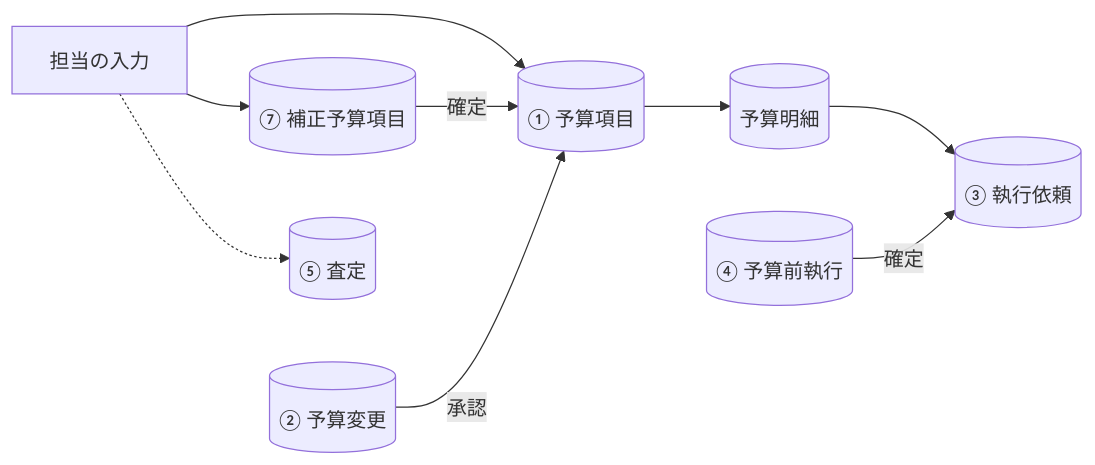
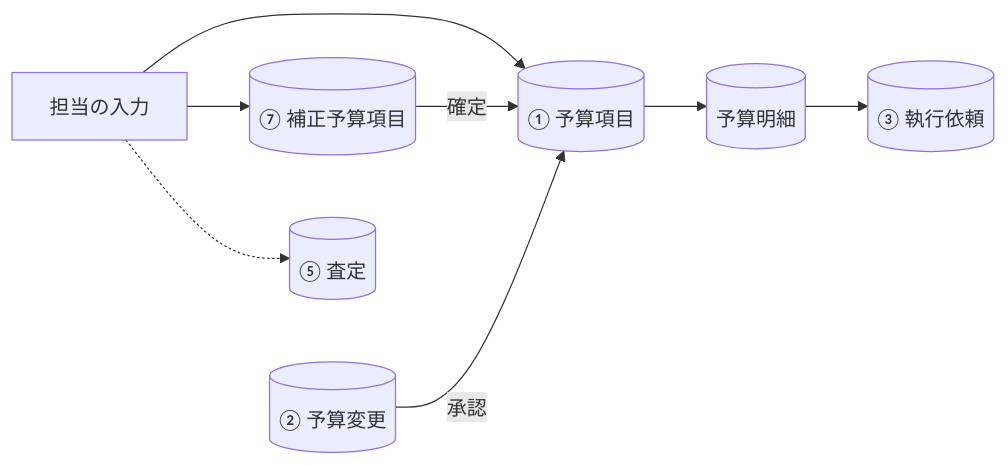
One commit to Kota-Ohira17/expenditure changed diagram 13 of 18 in docs/仕様書.md. Above: the diagram before and after it, drawn with Mermaid. The commit also changed other lines of this file and 10 other files, not shown here.

````diff
--- a/docs/仕様書.md
+++ b/docs/仕様書.md
@@ -1180,18 +1177,16 @@
 ```mermaid
 flowchart LR
     team[担当の入力]
     m1[(① 予算項目)]
     m7[(⑦ 補正予算項目)]
     m2[(② 予算変更)]
     m5[(⑤ 査定)]
     lines[(予算明細)]
     m3[(③ 執行依頼)]
-    m4[(④ 予算前執行)]
     team --> m1
     team --> m7
     team -.-> m5
     m7 -->|確定| m1
     m2 -->|承認| m1
     m1 --> lines --> m3
-    m4 -->|確定| m3
 ```
````
